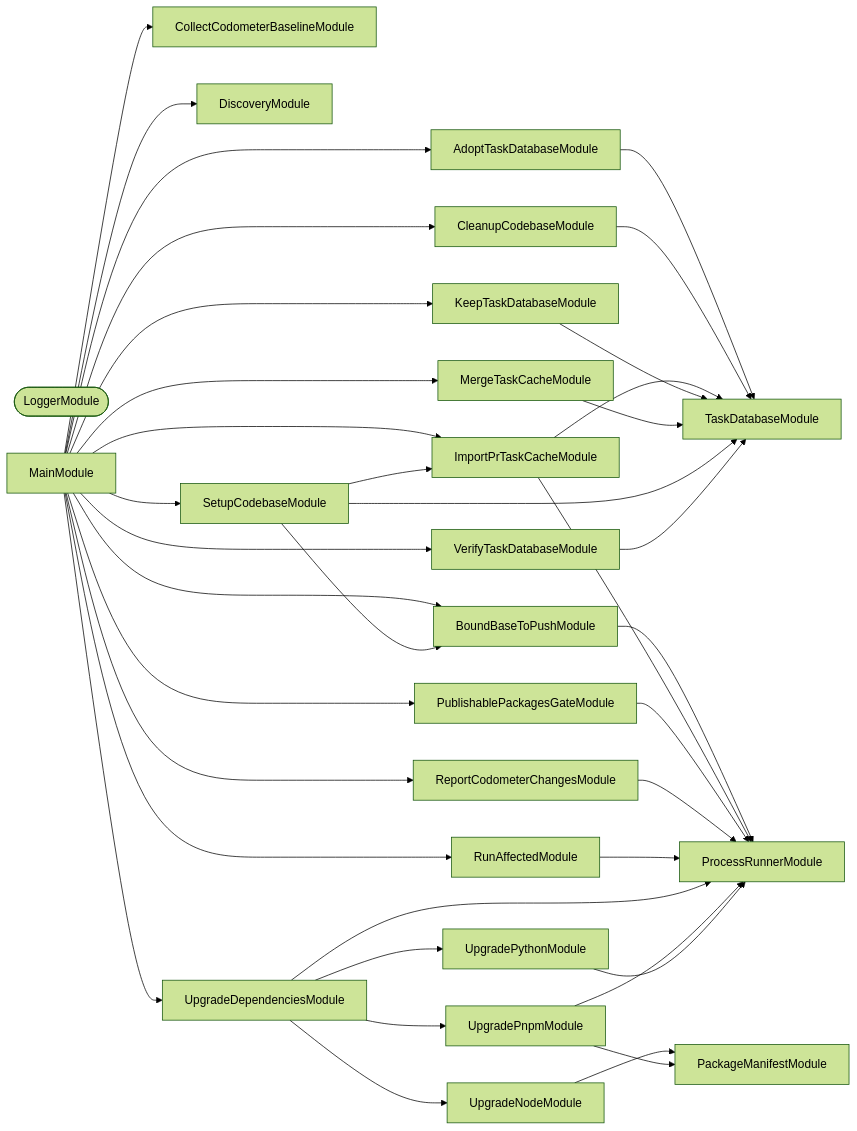
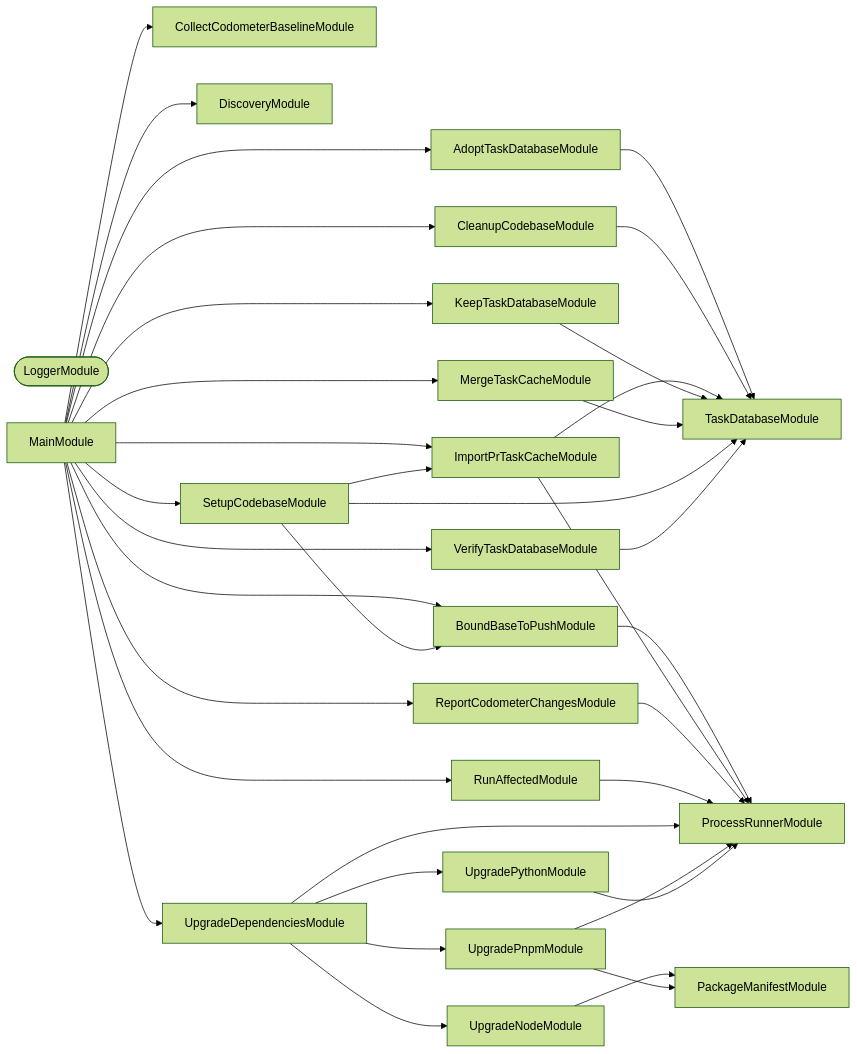
Before and after one commit to organizzolini/codebase: the second of 3 diagrams in integration/codependix.md, drawn with Mermaid (forest theme). The commit also changed other lines of this file and 56 other files, not shown here.

````diff
--- a/integration/codependix.md
+++ b/integration/codependix.md
@@ -25,61 +25,58 @@
 ```mermaid
 flowchart LR
   AdoptTaskDatabaseModule
   BoundBaseToPushModule
   CleanupCodebaseModule
   CollectCodometerBaselineModule
   DiscoveryModule
   ImportPrTaskCacheModule
   KeepTaskDatabaseModule
   LoggerModule([LoggerModule])
   MainModule
   MergeTaskCacheModule
   PackageManifestModule
   ProcessRunnerModule
-  PublishablePackagesGateModule
   ReportCodometerChangesModule
   RunAffectedModule
   SetupCodebaseModule
   TaskDatabaseModule
   UpgradeDependenciesModule
   UpgradeNodeModule
   UpgradePnpmModule
   UpgradePythonModule
   VerifyTaskDatabaseModule
   AdoptTaskDatabaseModule --> TaskDatabaseModule
   BoundBaseToPushModule --> ProcessRunnerModule
   CleanupCodebaseModule --> TaskDatabaseModule
   ImportPrTaskCacheModule --> ProcessRunnerModule
   ImportPrTaskCacheModule --> TaskDatabaseModule
   KeepTaskDatabaseModule --> TaskDatabaseModule
   MainModule --> AdoptTaskDatabaseModule
   MainModule --> BoundBaseToPushModule
   MainModule --> CleanupCodebaseModule
   MainModule --> CollectCodometerBaselineModule
   MainModule --> DiscoveryModule
   MainModule --> ImportPrTaskCacheModule
   MainModule --> KeepTaskDatabaseModule
   MainModule --> MergeTaskCacheModule
-  MainModule --> PublishablePackagesGateModule
   MainModule --> ReportCodometerChangesModule
   MainModule --> RunAffectedModule
   MainModule --> SetupCodebaseModule
   MainModule --> UpgradeDependenciesModule
   MainModule --> VerifyTaskDatabaseModule
   MergeTaskCacheModule --> TaskDatabaseModule
-  PublishablePackagesGateModule --> ProcessRunnerModule
   ReportCodometerChangesModule --> ProcessRunnerModule
   RunAffectedModule --> ProcessRunnerModule
   SetupCodebaseModule --> BoundBaseToPushModule
   SetupCodebaseModule --> ImportPrTaskCacheModule
   SetupCodebaseModule --> TaskDatabaseModule
   UpgradeDependenciesModule --> ProcessRunnerModule
   UpgradeDependenciesModule --> UpgradeNodeModule
   UpgradeDependenciesModule --> UpgradePnpmModule
   UpgradeDependenciesModule --> UpgradePythonModule
   UpgradeNodeModule --> PackageManifestModule
   UpgradePnpmModule --> PackageManifestModule
   UpgradePnpmModule --> ProcessRunnerModule
   UpgradePythonModule --> ProcessRunnerModule
   VerifyTaskDatabaseModule --> TaskDatabaseModule
 ```
````
